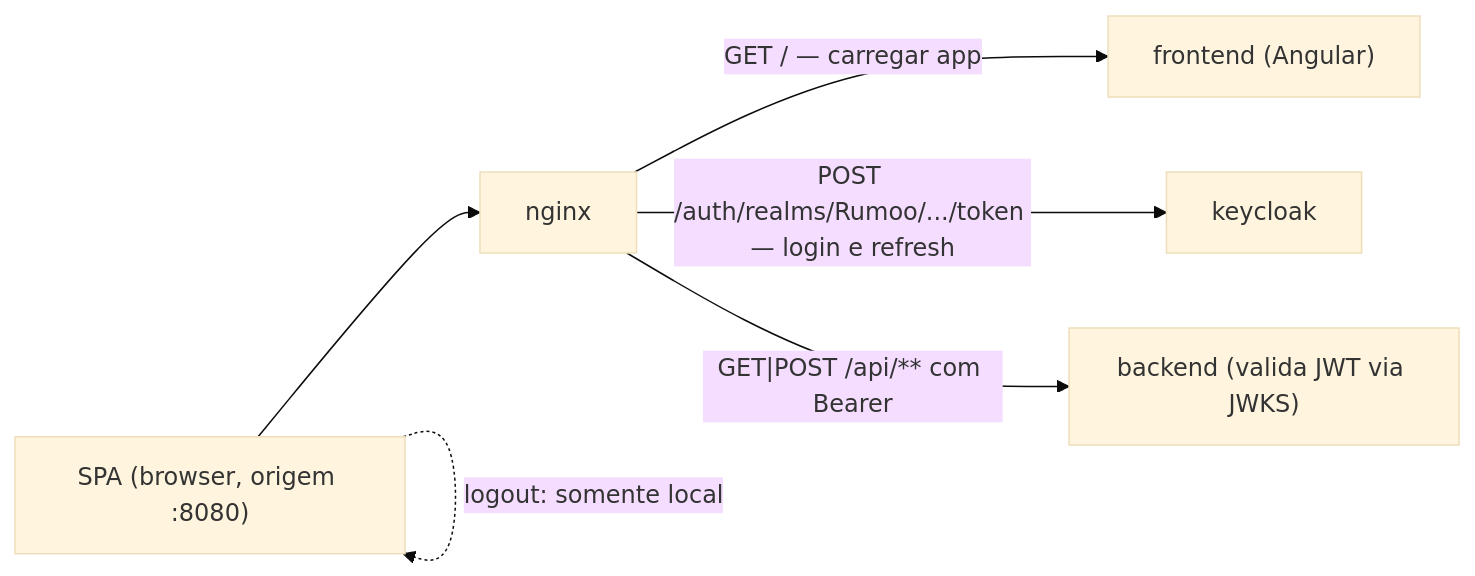
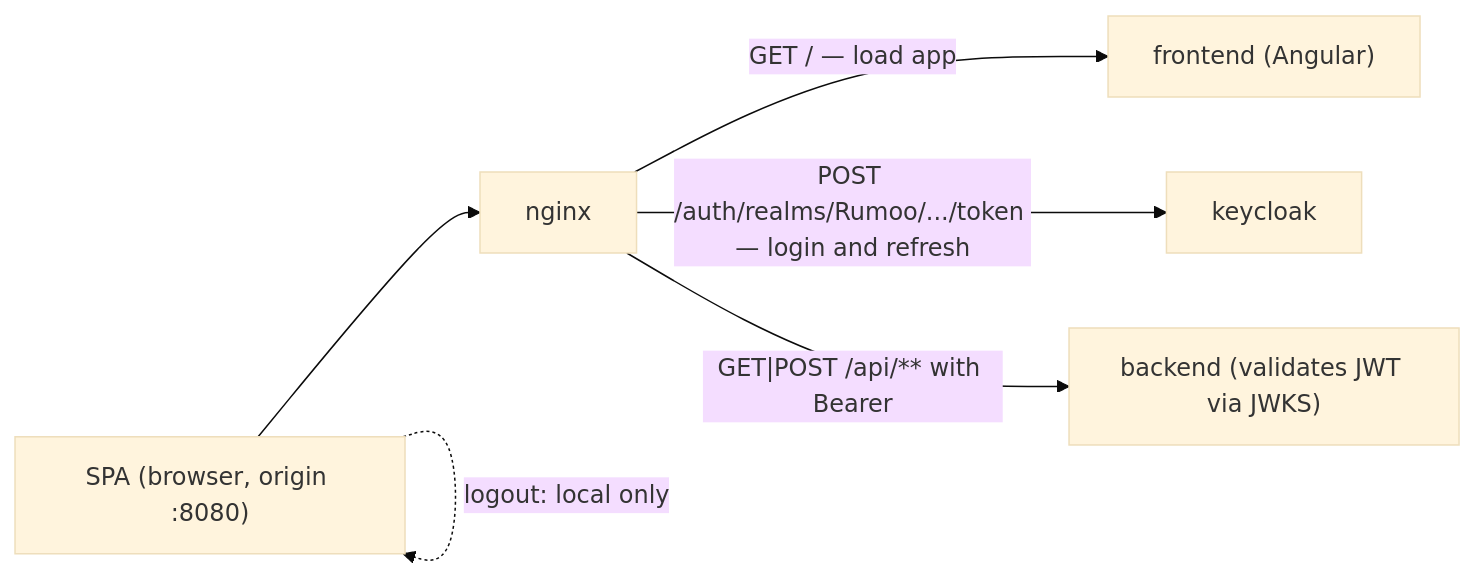
One commit to MatheusWith/Rumoo changed the third of 7 diagrams in docs/auth/authentication-authorization.md. Above: the diagram before and after it, drawn with Mermaid (base theme). The commit also changed other lines of this file, not shown here.

First line of the commit message:
docs: translate auth reference to English and align it with routes and token contract

````diff
--- a/docs/auth/authentication-authorization.md
+++ b/docs/auth/authentication-authorization.md
@@ -189,8 +201,8 @@
 ```mermaid
 flowchart LR
-    SPA["SPA (browser, origem :8080)"] --> NGINX["nginx"]
-    NGINX -->|"GET / — carregar app"| FE["frontend (Angular)"]
-    NGINX -->|"POST /auth/realms/Rumoo/.../token — login e refresh"| KC["keycloak"]
-    NGINX -->|"GET|POST /api/** com Bearer"| BE["backend (valida JWT via JWKS)"]
-    SPA -.->|"logout: somente local"| SPA
+    SPA["SPA (browser, origin :8080)"] --> NGINX["nginx"]
+    NGINX -->|"GET / — load app"| FE["frontend (Angular)"]
+    NGINX -->|"POST /auth/realms/Rumoo/.../token — login and refresh"| KC["keycloak"]
+    NGINX -->|"GET|POST /api/** with Bearer"| BE["backend (validates JWT via JWKS)"]
+    SPA -.->|"logout: local only"| SPA
 ```
````
